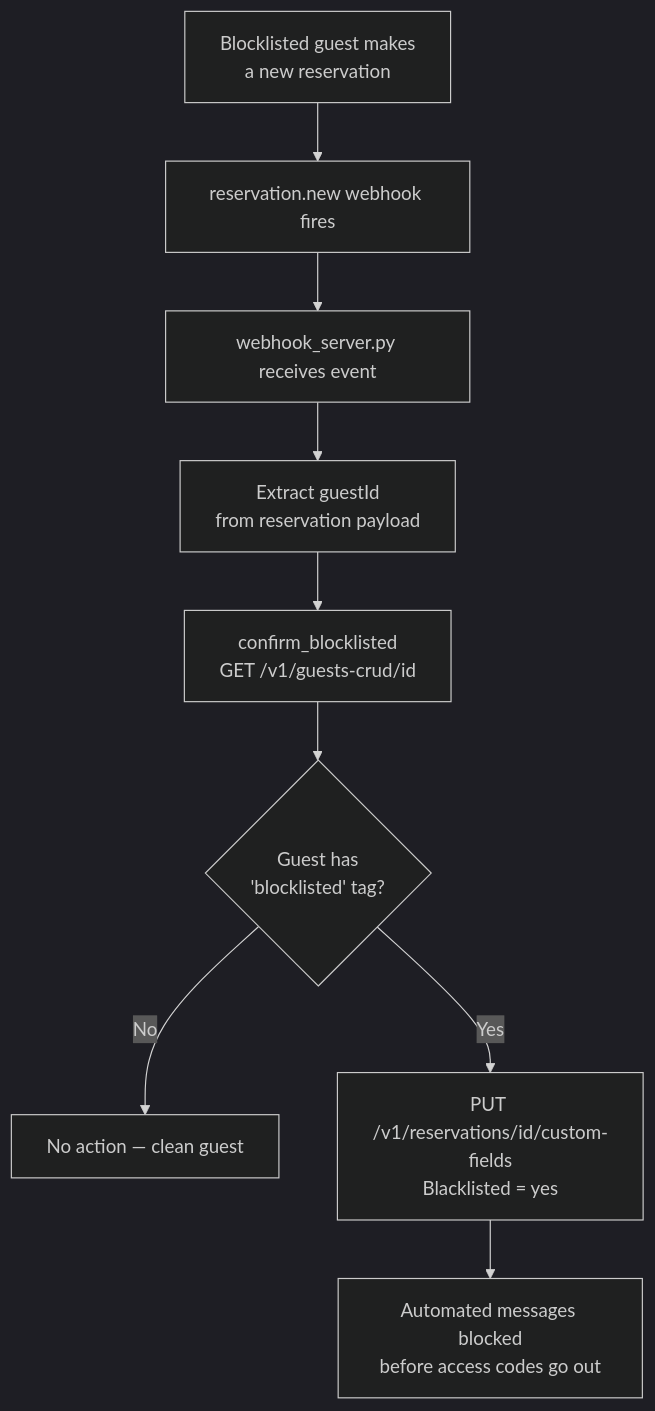
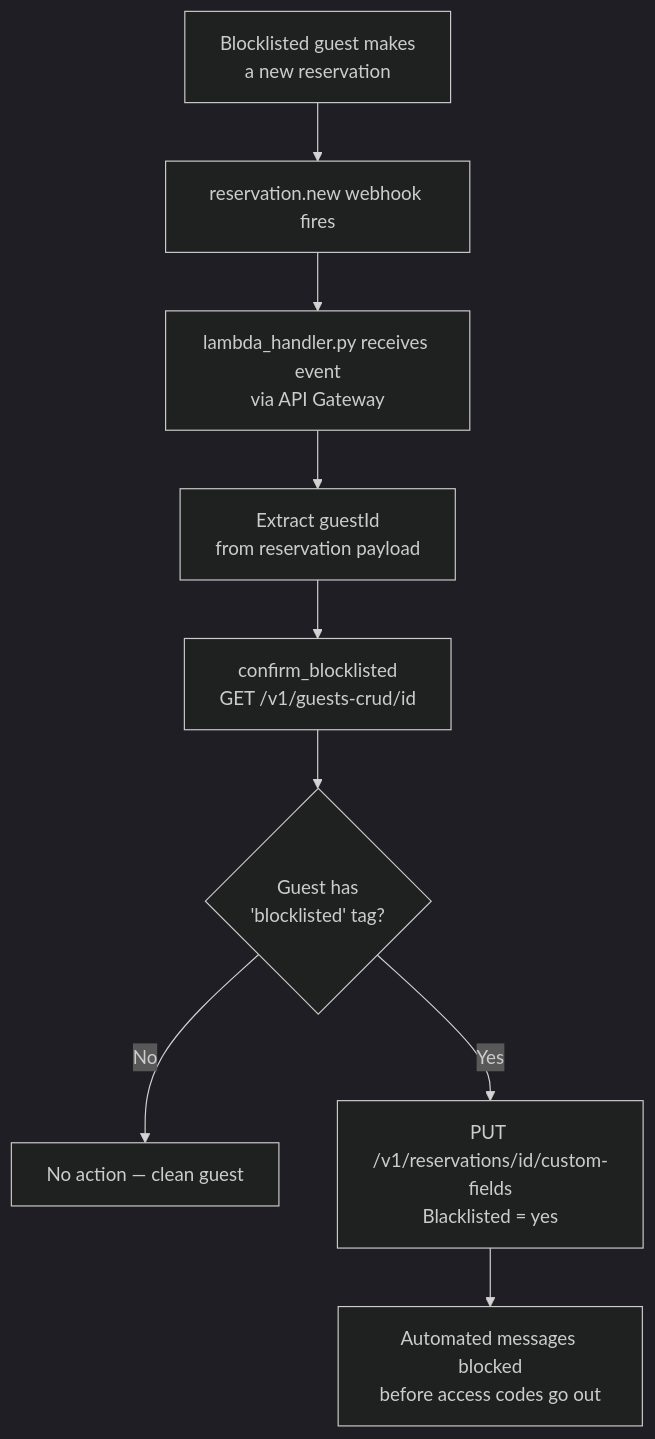
One commit to davidlin1123/Guesty-API changed the third of 5 diagrams in README.md. Above: the diagram before and after it, drawn with Mermaid (dark theme). The commit also changed other lines of this file and 6 other files, not shown here.

````diff
--- a/README.md
+++ b/README.md
@@ -68,11 +84,11 @@
 ```mermaid
 flowchart TD
     A[Blocklisted guest makes\na new reservation] --> B[reservation.new webhook fires]
-    B --> C[webhook_server.py receives event]
+    B --> C[lambda_handler.py receives event\nvia API Gateway]
     C --> D[Extract guestId\nfrom reservation payload]
     D --> E[confirm_blocklisted\nGET /v1/guests-crud/id]
     E --> F{Guest has\n'blocklisted' tag?}
     F -->|No| G[No action — clean guest]
     F -->|Yes| H[PUT /v1/reservations/id/custom-fields\nBlacklisted = yes]
     H --> I[Automated messages blocked\nbefore access codes go out]
 ```
````
